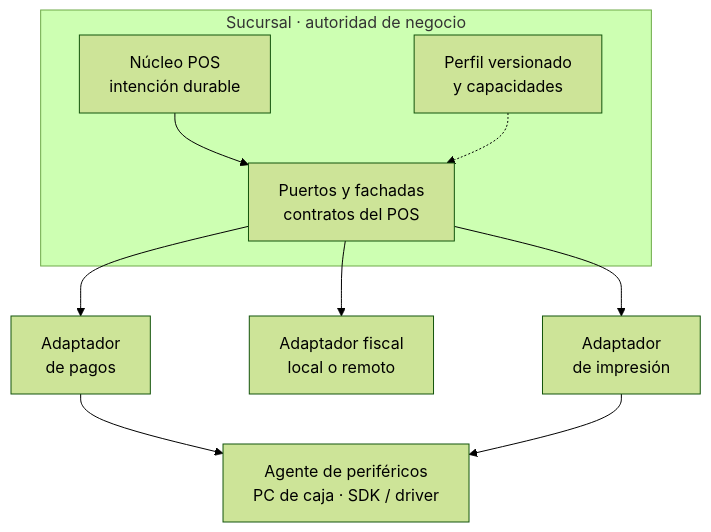
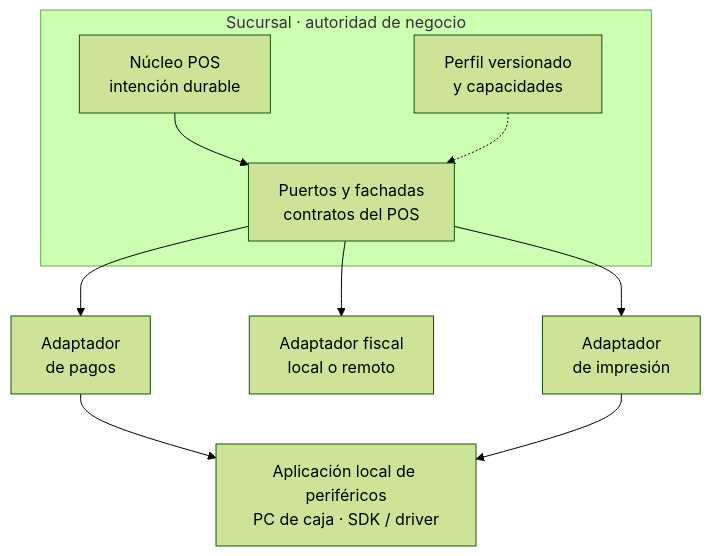
One commit to floxcristian/pos-architecture changed the diagram in presentation/diagrams/providers.mmd. Above: the diagram before and after it, drawn with Mermaid (forest theme). The commit also changed 19 other files, not shown here.

Commit message:
Usar aplicación local para impresión y periféricos

```diff
--- a/presentation/diagrams/providers.mmd
+++ b/presentation/diagrams/providers.mmd
@@ -1,12 +1,12 @@
 flowchart TB
     accTitle: Extensibilidad del POS por contratos y perfiles
-    accDescr: El núcleo de sucursal conserva la autoridad de negocio. Puertos y fachadas usan perfiles versionados para seleccionar adaptadores de pago, facturación e impresión. El agente local accede a SDK y drivers de periféricos; no reemplaza al escritor de sucursal.
+    accDescr: El núcleo de sucursal conserva la autoridad de negocio. Puertos y fachadas usan perfiles versionados para seleccionar adaptadores de pago, facturación e impresión. La aplicación local accede a SDK y drivers de periféricos; no reemplaza al escritor de sucursal.
     subgraph Core["Sucursal · autoridad de negocio"]
         edge["Núcleo POS<br/>intención durable"] --> ports["Puertos y fachadas<br/>contratos del POS"]
         capabilities["Perfil versionado<br/>y capacidades"] -.-> ports
     end
     ports --> paymentadapter["Adaptador<br/>de pagos"]
     ports --> fiscaladapter["Adaptador fiscal<br/>local o remoto"]
     ports --> printadapter["Adaptador<br/>de impresión"]
-    paymentadapter --> deviceagent["Agente de periféricos<br/>PC de caja · SDK / driver"]
+    paymentadapter --> deviceagent["Aplicación local de periféricos<br/>PC de caja · SDK / driver"]
     printadapter --> deviceagent
```
